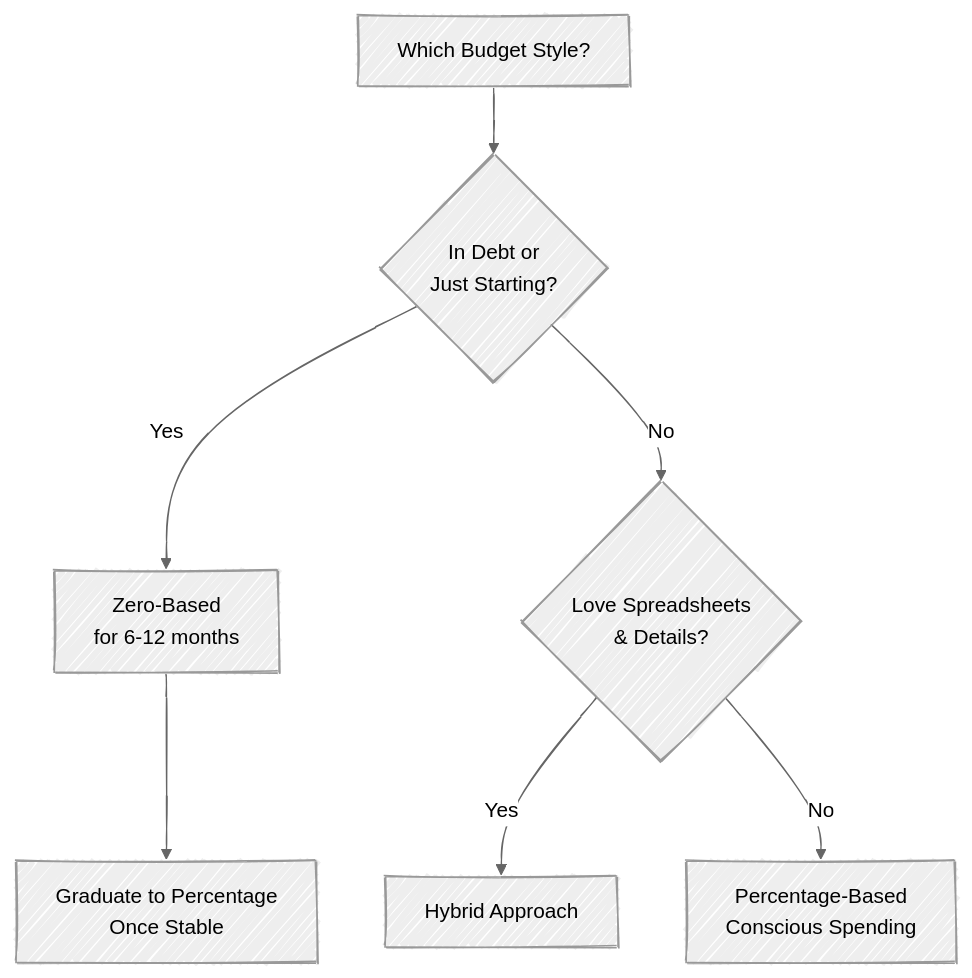
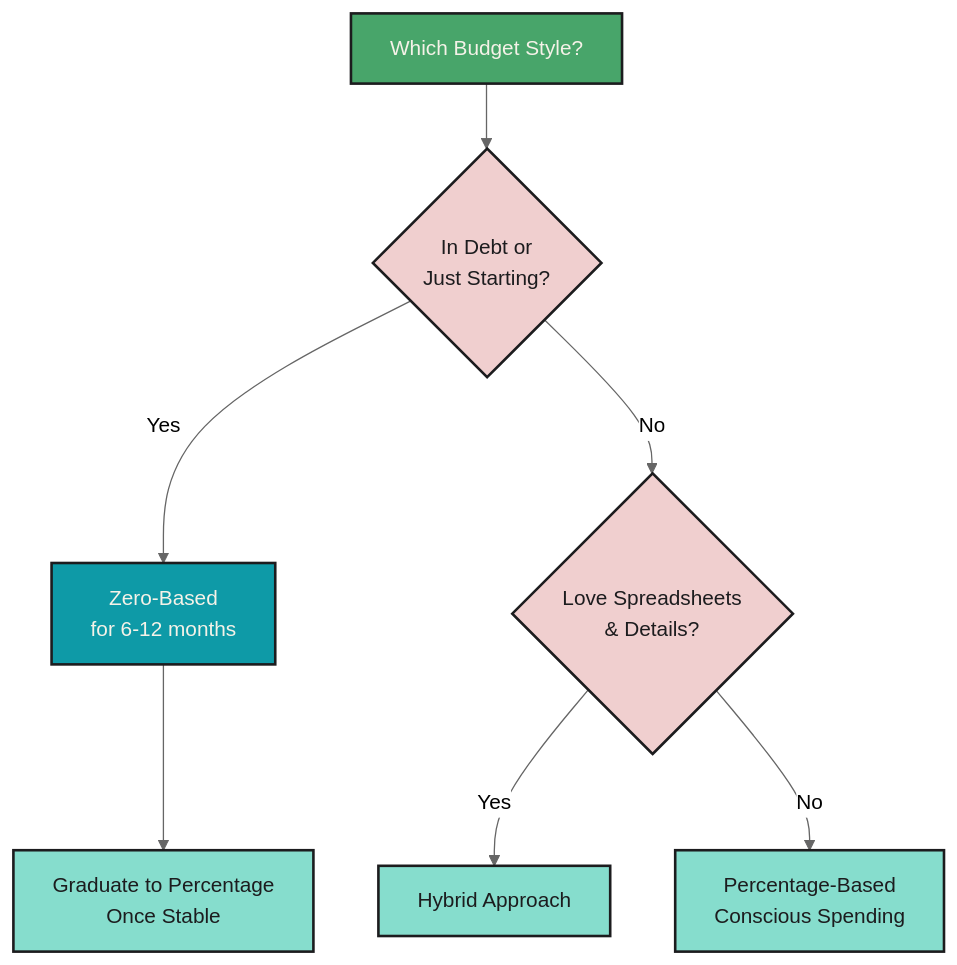
One commit to mjfrigaard/fm-finance changed the fourth of 6 diagrams in budgeting.qmd. Above: the diagram before and after it, drawn with Mermaid. The commit also changed other lines of this file and 5 other files, not shown here.

Commit message:
updates to mermaid

````diff
--- a/budgeting.qmd
+++ b/budgeting.qmd
@@ -164,13 +192,20 @@
 ```{mermaid}
 %%| fig-cap: 'Which Budget To Choose?'
 %%| fig-align: center
-%%{init: {'theme': 'neutral', 'look': 'handDrawn', 'themeVariables': { 'fontFamily': 'monospace', "fontSize":"16px"}}}%%
+%%{init: {'theme': 'neutral', 'themeVariables': { 'fontFamily': 'monospace', "fontSize":"16px"}}}%%
 
 flowchart TD
     Choose[Which Budget Style?] --> Question1{In Debt or<br/>Just Starting?}
     Question1 -->|Yes| ZeroBased[Zero-Based<br/>for 6-12 months]
     Question1 -->|No| Question2{Love Spreadsheets<br/>& Details?}
     Question2 -->|Yes| Hybrid[Hybrid Approach]
     Question2 -->|No| Percentage[Percentage-Based<br/>Conscious Spending]
     ZeroBased --> Eventually[Graduate to Percentage<br/>Once Stable]
+    style Choose fill:#48a56a,color:#F5F2E8,stroke:#1C1C1E,stroke-width:2px
+    style Question1 fill:#f0cfcf,color:#1C1C1E,stroke:#1C1C1E,stroke-width:2px
+    style Question2 fill:#f0cfcf,color:#1C1C1E,stroke:#1C1C1E,stroke-width:2px
+    style ZeroBased fill:#0e9aa7,color:#F5F2E8,stroke:#1C1C1E,stroke-width:2px
+    style Hybrid fill:#86ddcd,color:#1C1C1E,stroke:#1C1C1E,stroke-width:2px
+    style Percentage fill:#86ddcd,color:#1C1C1E,stroke:#1C1C1E,stroke-width:2px
+    style Eventually fill:#86ddcd,color:#1C1C1E,stroke:#1C1C1E,stroke-width:2px
 ```
````
